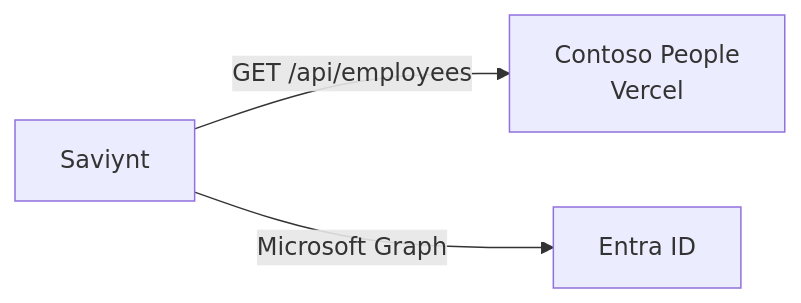
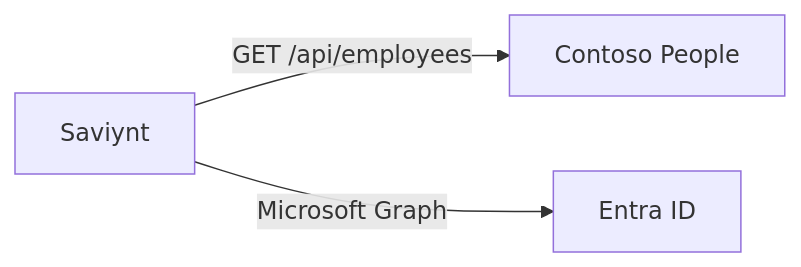
One commit to prasanthgpks/HR-to-entra-id-with-Saviynt-connector changed the diagram in 03-saviynt-entra-connector.md. Above: the diagram before and after it, drawn with Mermaid. The commit also changed other lines of this file and 14 other files, not shown here.

````diff
--- a/03-saviynt-entra-connector.md
+++ b/03-saviynt-entra-connector.md
@@ -20,9 +16,9 @@
 ```mermaid
 flowchart LR
-  HR["Contoso People<br/>Vercel"]
+  HR["Contoso People"]
   SAV["Saviynt"]
   ENTRA["Entra ID"]
 
   SAV -->|"GET /api/employees"| HR
   SAV -->|"Microsoft Graph"| ENTRA
 ```
````
